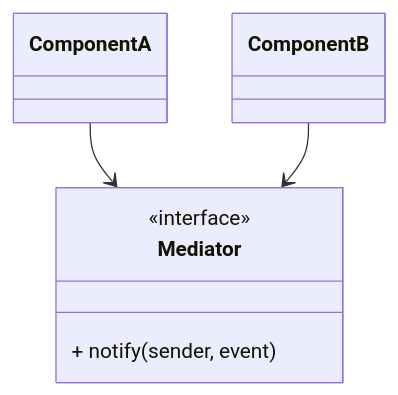
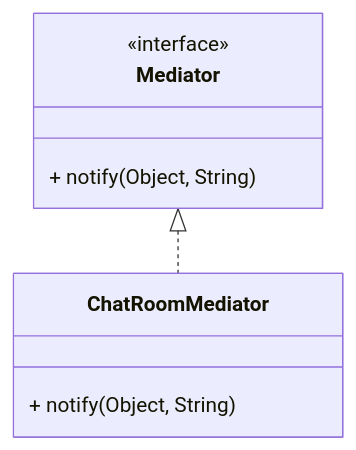
One commit to swapnilphalke97/Design-Pattern changed diagram 16 of 22 in Readme.md. Above: the diagram before and after it, drawn with Mermaid. The commit also changed other lines of this file, not shown here.

````diff
--- a/Readme.md
+++ b/Readme.md
@@ -661,11 +717,11 @@
 ```mermaid
 classDiagram
     class Mediator {
         <<interface>>
-        + notify(sender, event)
+        + notify(Object, String)
     }
-    class ComponentA
-    class ComponentB
-    ComponentA --> Mediator
-    ComponentB --> Mediator
+    class ChatRoomMediator {
+        + notify(Object, String)
+    }
+    Mediator <|.. ChatRoomMediator
 ```
````
